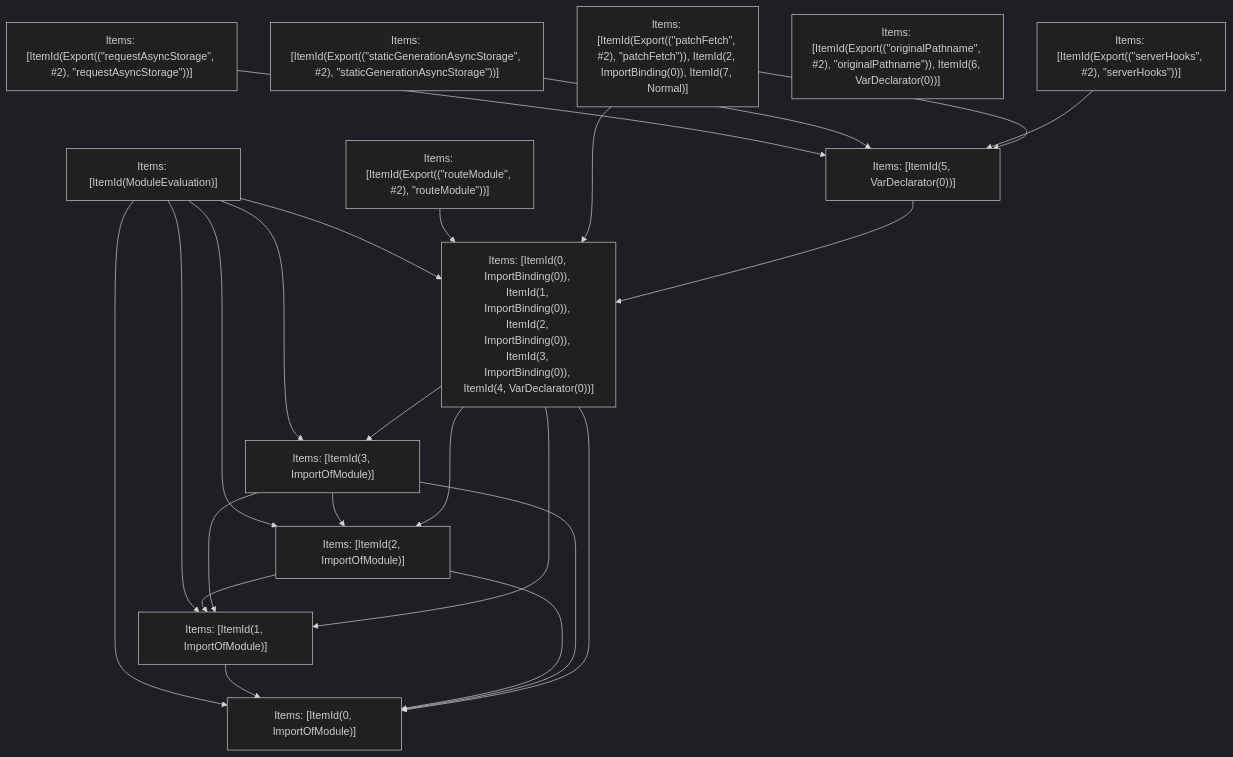
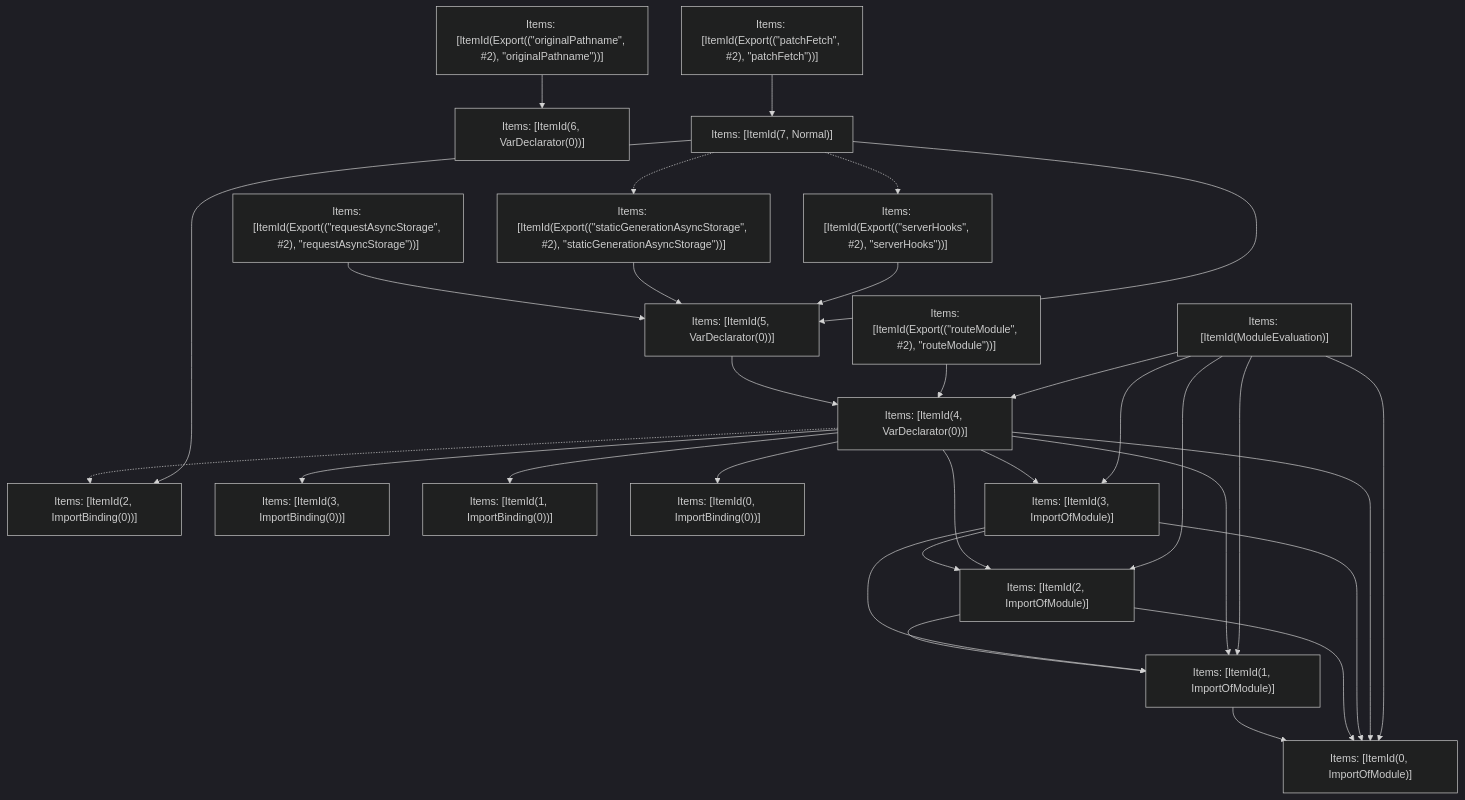
The fifth of 5 diagrams in crates/turbopack-ecmascript/tests/tree-shaker/analyzer/app-route/output.md (vercel/turborepo), drawn with Mermaid (dark theme) before and after one commit. The commit also changed other lines of this file and 106 other files, not shown here.

````diff
--- a/crates/turbopack-ecmascript/tests/tree-shaker/analyzer/app-route/output.md
+++ b/crates/turbopack-ecmascript/tests/tree-shaker/analyzer/app-route/output.md
@@ -345,38 +350,52 @@
 ```mermaid
 graph TD
-    N0["Items: [ItemId(ModuleEvaluation)]"];
-    N1["Items: [ItemId(Export((&quot;routeModule&quot;, #2), &quot;routeModule&quot;))]"];
-    N2["Items: [ItemId(Export((&quot;requestAsyncStorage&quot;, #2), &quot;requestAsyncStorage&quot;))]"];
-    N3["Items: [ItemId(Export((&quot;staticGenerationAsyncStorage&quot;, #2), &quot;staticGenerationAsyncStorage&quot;))]"];
-    N4["Items: [ItemId(Export((&quot;serverHooks&quot;, #2), &quot;serverHooks&quot;))]"];
-    N5["Items: [ItemId(Export((&quot;originalPathname&quot;, #2), &quot;originalPathname&quot;)), ItemId(6, VarDeclarator(0))]"];
-    N6["Items: [ItemId(Export((&quot;patchFetch&quot;, #2), &quot;patchFetch&quot;)), ItemId(2, ImportBinding(0)), ItemId(7, Normal)]"];
-    N7["Items: [ItemId(0, ImportOfModule)]"];
-    N8["Items: [ItemId(1, ImportOfModule)]"];
-    N9["Items: [ItemId(2, ImportOfModule)]"];
-    N10["Items: [ItemId(3, ImportOfModule)]"];
-    N11["Items: [ItemId(0, ImportBinding(0)), ItemId(1, ImportBinding(0)), ItemId(2, ImportBinding(0)), ItemId(3, ImportBinding(0)), ItemId(4, VarDeclarator(0))]"];
-    N12["Items: [ItemId(5, VarDeclarator(0))]"];
-    N0 --> N7;
-    N0 --> N8;
-    N0 --> N9;
-    N0 --> N10;
-    N0 --> N11;
-    N1 --> N11;
-    N2 --> N12;
-    N3 --> N12;
-    N4 --> N12;
-    N6 --> N11;
-    N6 --> N12;
+    N0["Items: [ItemId(6, VarDeclarator(0))]"];
+    N1["Items: [ItemId(Export((&quot;originalPathname&quot;, #2), &quot;originalPathname&quot;))]"];
+    N2["Items: [ItemId(2, ImportBinding(0))]"];
+    N3["Items: [ItemId(3, ImportBinding(0))]"];
+    N4["Items: [ItemId(1, ImportBinding(0))]"];
+    N5["Items: [ItemId(0, ImportBinding(0))]"];
+    N6["Items: [ItemId(0, ImportOfModule)]"];
+    N7["Items: [ItemId(1, ImportOfModule)]"];
+    N8["Items: [ItemId(2, ImportOfModule)]"];
+    N9["Items: [ItemId(3, ImportOfModule)]"];
+    N10["Items: [ItemId(4, VarDeclarator(0))]"];
+    N11["Items: [ItemId(ModuleEvaluation)]"];
+    N12["Items: [ItemId(Export((&quot;routeModule&quot;, #2), &quot;routeModule&quot;))]"];
+    N13["Items: [ItemId(5, VarDeclarator(0))]"];
+    N14["Items: [ItemId(Export((&quot;serverHooks&quot;, #2), &quot;serverHooks&quot;))]"];
+    N15["Items: [ItemId(Export((&quot;staticGenerationAsyncStorage&quot;, #2), &quot;staticGenerationAsyncStorage&quot;))]"];
+    N16["Items: [ItemId(7, Normal)]"];
+    N17["Items: [ItemId(Export((&quot;patchFetch&quot;, #2), &quot;patchFetch&quot;))]"];
+    N18["Items: [ItemId(Export((&quot;requestAsyncStorage&quot;, #2), &quot;requestAsyncStorage&quot;))]"];
+    N7 --> N6;
+    N8 --> N6;
     N8 --> N7;
+    N9 --> N6;
     N9 --> N7;
     N9 --> N8;
+    N10 --> N5;
+    N10 --> N4;
+    N10 --> N3;
+    N10 --> N6;
     N10 --> N7;
     N10 --> N8;
     N10 --> N9;
+    N10 -.-> N2;
+    N13 --> N10;
+    N12 --> N10;
+    N18 --> N13;
+    N15 --> N13;
+    N14 --> N13;
+    N1 --> N0;
+    N17 --> N16;
+    N16 --> N2;
+    N16 --> N13;
+    N16 -.-> N14;
+    N16 -.-> N15;
+    N11 --> N6;
     N11 --> N7;
     N11 --> N8;
     N11 --> N9;
     N11 --> N10;
-    N12 --> N11;
 ```
````
